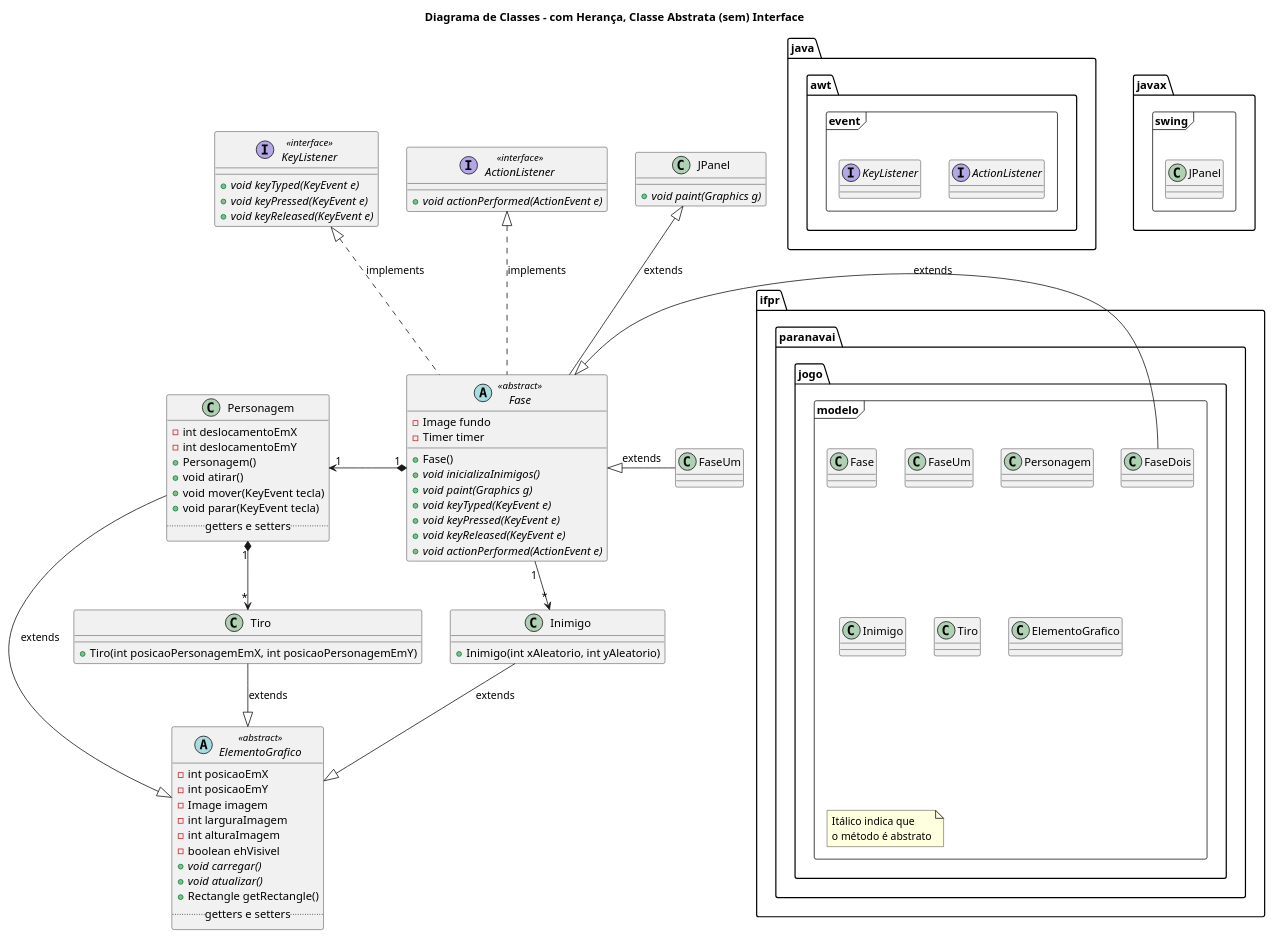
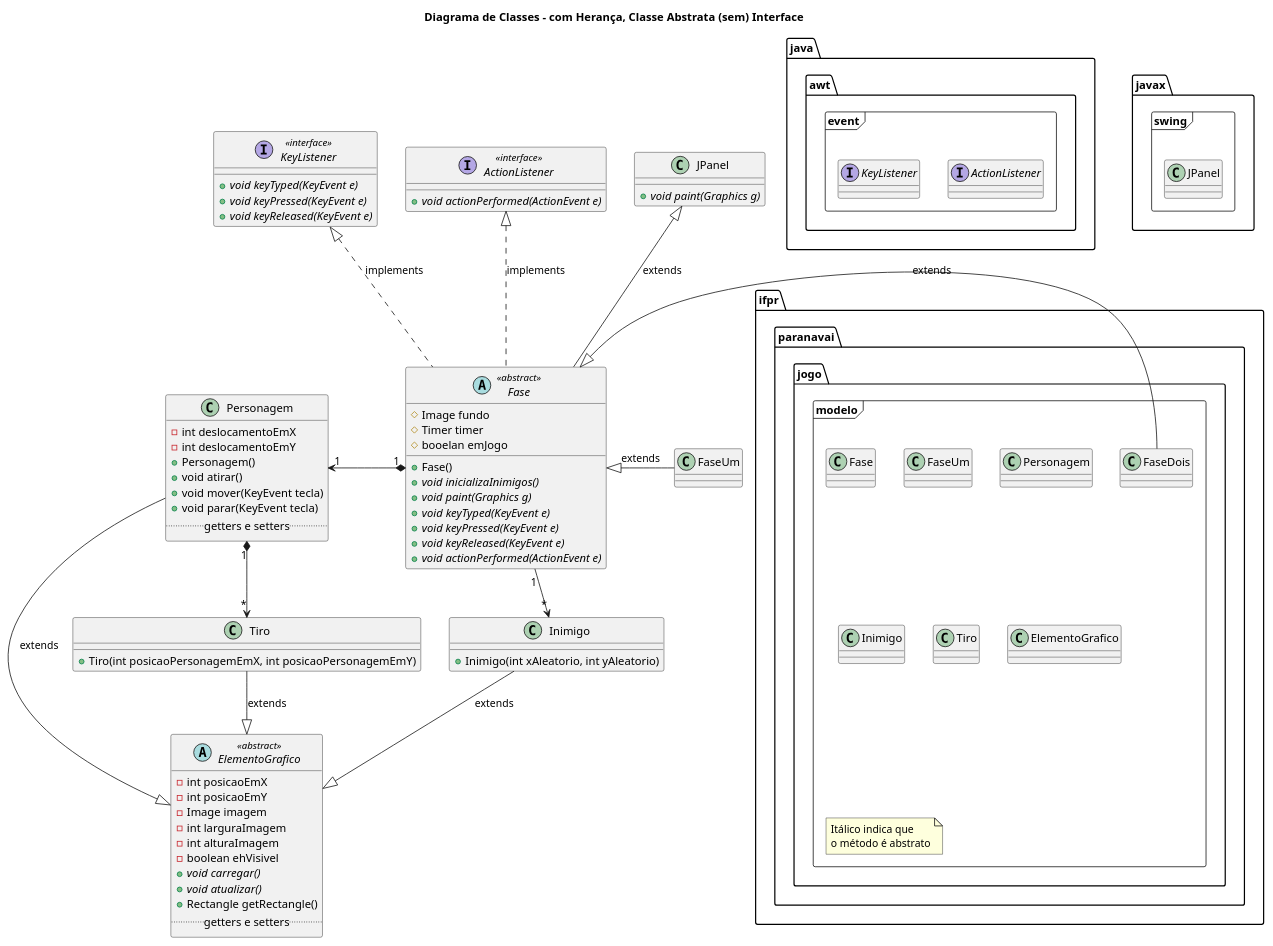
One commit to terenciani/jogo-2d-ifpr-2023 changed the diagram in uml/diagrama-classe.puml. Above: the diagram before and after it, drawn with PlantUML. The commit also changed 4 other files, not shown here.

```diff
--- a/uml/diagrama-classe.puml
+++ b/uml/diagrama-classe.puml
@@ -1,102 +1,103 @@
 @startuml
 
 title Diagrama de Classes - com Herança, Classe Abstrata (sem) Interface
 
 package ifpr.paranavai.jogo.modelo <<Frame>> {
     class Fase
     class FaseUm
     class FaseDois
     class Personagem
     class Inimigo
     class Tiro
     class ElementoGrafico
     note "Itálico indica que\no método é abstrato" as N1
 }
 
 package java.awt.event <<Frame>> {
     interface ActionListener
     interface KeyListener
 }
 
 
 package javax.swing <<Frame>> {
   class JPanel
 }
 
 abstract class ElementoGrafico <<abstract>> {
     -int posicaoEmX
     -int posicaoEmY
     -Image imagem
     -int larguraImagem
     -int alturaImagem 
     -boolean ehVisivel   
     +{abstract} void carregar()
     +{abstract} void atualizar()
     +Rectangle getRectangle()
     .. getters e setters ..
 }
 
 abstract class Fase <<abstract>>{
-    -Image fundo
-    -Timer timer
+    #Image fundo
+    #Timer timer
+    #booelan emJogo
     +Fase()
     +{abstract} void inicializaInimigos()
     +{abstract} void paint(Graphics g)
     +{abstract} void keyTyped(KeyEvent e)
     +{abstract} void keyPressed(KeyEvent e)
     +{abstract} void keyReleased(KeyEvent e)
     +{abstract} void actionPerformed(ActionEvent e)
 }
 
 class Personagem{
     -int deslocamentoEmX
     -int deslocamentoEmY
     +Personagem()
     +void atirar()
     +void mover(KeyEvent tecla)
     +void parar(KeyEvent tecla)
     .. getters e setters ..
 }
 
 class Inimigo{
     +Inimigo(int xAleatorio, int yAleatorio)
 }
 
 class Tiro {
     +Tiro(int posicaoPersonagemEmX, int posicaoPersonagemEmY)
 }
 
 class FaseUm {    
     
 }
 
 class JPanel{
     +{abstract} void paint(Graphics g)
 }
 interface ActionListener <<interface>> {
     +{abstract} void actionPerformed(ActionEvent e)
 }
 
 interface KeyListener <<interface>> {
     +{abstract} void keyTyped(KeyEvent e)
     +{abstract} void keyPressed(KeyEvent e)
     +{abstract} void keyReleased(KeyEvent e)
 }
 
 Fase -up-|> JPanel: extends
 Fase -up.|> ActionListener: implements
 Fase -up.|> KeyListener: implements
 FaseUm -left-|> Fase: extends
 FaseDois -left-|> Fase: extends
 
 
 Fase "1" *-left-> "1" Personagem
 Inimigo "*" <-up- "1" Fase
 
 Personagem "1" *--> "*" Tiro
 Personagem --|> ElementoGrafico: extends
 
 Tiro --|> ElementoGrafico: extends
 
 Inimigo --|> ElementoGrafico: extends
 @enduml
```
